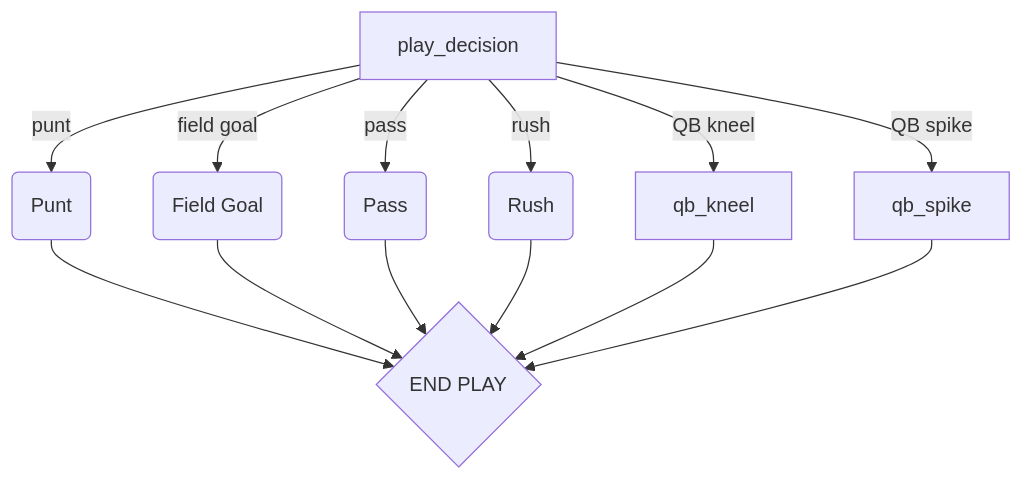
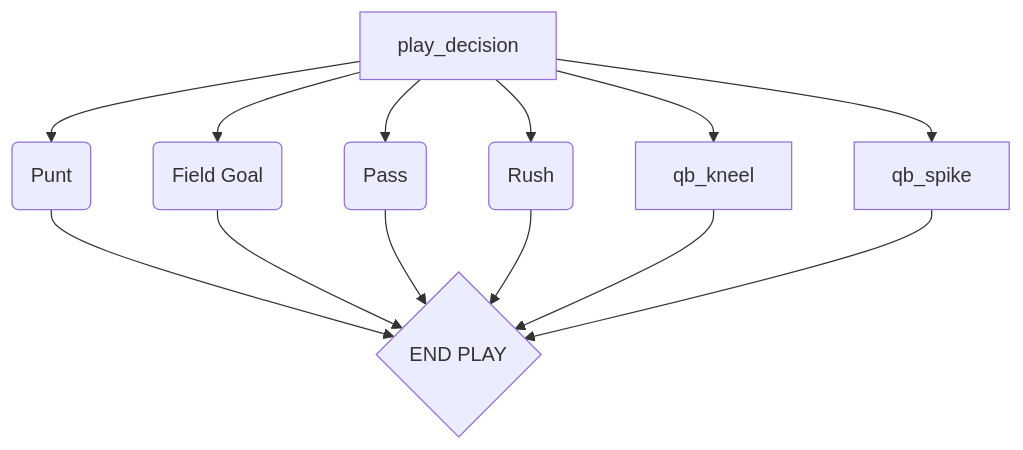
The fourth of 9 diagrams in docs/simulation.md (adam42739/nfl-sim), drawn with Mermaid before and after one commit. The commit also changed other lines of this file, not shown here.

Commit message:
docs: simulation flowchart organization

````diff
--- a/docs/simulation.md
+++ b/docs/simulation.md
@@ -37,15 +37,26 @@
 ```mermaid
 flowchart TD
-A[play_decision] --> |punt| B(Punt)
-B --> C{END PLAY}
-A --> |field goal| D(Field Goal)
-D --> C
-A --> |pass| E(Pass)
-E --> C
-A --> |rush| F(Rush)
-F --> C
-A --> |QB kneel| G[qb_kneel]
-G --> C
-A --> |QB spike| H[qb_spike]
-H --> C
+A[play_decision]
+B(Punt)
+C(Field Goal)
+D(Pass)
+E(Rush)
+F[qb_kneel]
+G[qb_spike]
+H{END PLAY}
+
+A --> B
+A --> C
+A --> D
+A --> E
+A --> F
+A --> G
+
+B --> H
+C --> H
+D --> H
+E --> H
+F --> H
+G --> H
+
 ```
````
